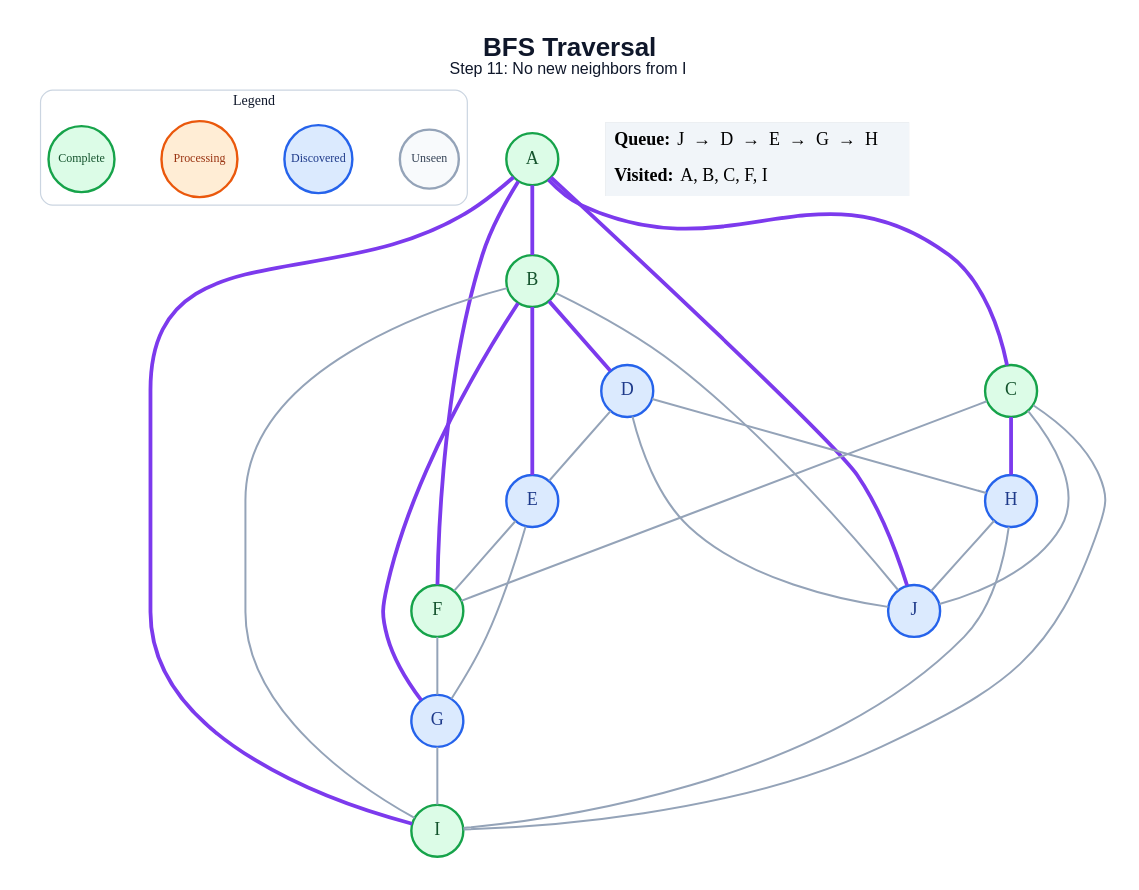
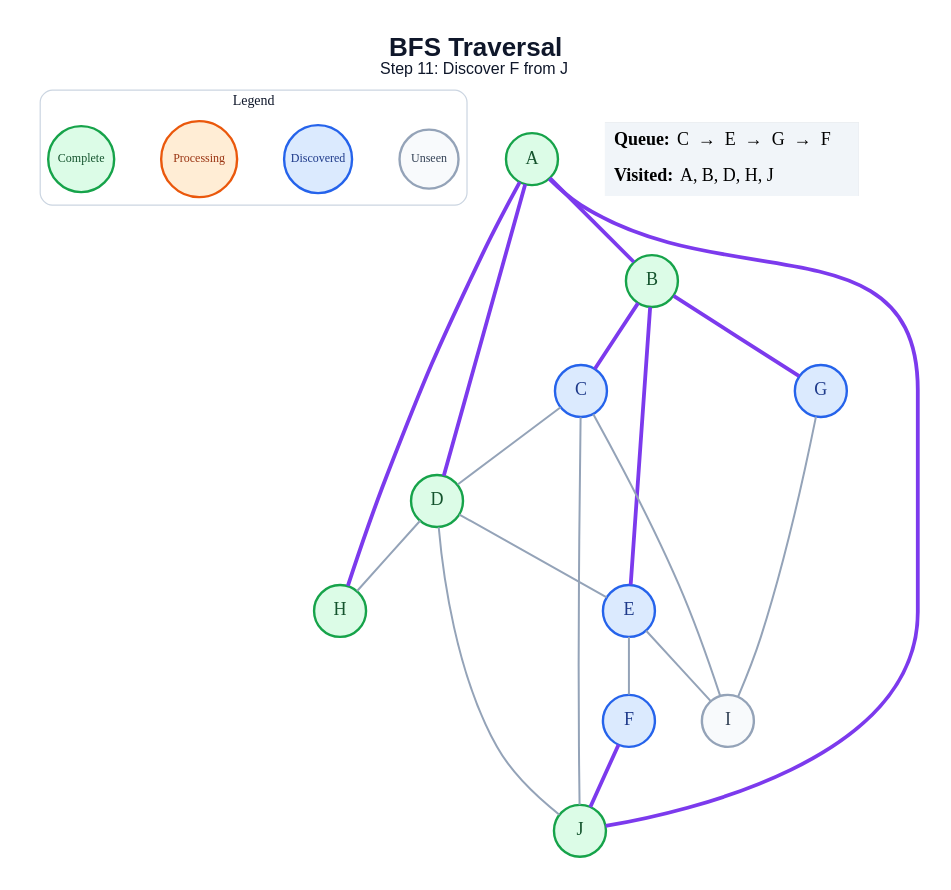
The diagram in generated/bfs/step_11.dot (amanghodawala9/ai-slop), drawn with Graphviz before and after one commit. The commit also changed 178 other files, not shown here.

```diff
--- a/generated/bfs/step_11.dot
+++ b/generated/bfs/step_11.dot
@@ -1,52 +1,46 @@
 graph traversal {
   graph [layout=dot, rankdir=TB, bgcolor="#FFFFFF", pad="0.35", nodesep="0.65", ranksep="0.8", fontname="Arial"];
   node [shape=circle, style="filled", fontname="Arial Bold", fontsize=18, width=0.72, fixedsize=true, penwidth=2.4];
   edge [color="#94A3B8", penwidth=2.0];
-  label=<<B>BFS Traversal</B><BR/><FONT POINT-SIZE="16">Step 11: No new neighbors from I</FONT>>; labelloc="t"; fontsize=26; fontname="Arial"; fontcolor="#0F172A";
+  label=<<B>BFS Traversal</B><BR/><FONT POINT-SIZE="16">Step 11: Discover F from J</FONT>>; labelloc="t"; fontsize=26; fontname="Arial"; fontcolor="#0F172A";
   subgraph cluster_legend { label="Legend"; color="#CBD5E1"; penwidth=1.2; style="rounded"; fontsize=14; fontname="Arial Bold";
     key_unseen [label="Unseen", fillcolor="#F8FAFC", color="#94A3B8", fontcolor="#334155", fontsize=12, width=0.82];
     key_frontier [label="Discovered", fillcolor="#DBEAFE", color="#2563EB", fontcolor="#1E3A8A", fontsize=12, width=0.95];
     key_current [label="Processing", fillcolor="#FFEDD5", color="#EA580C", fontcolor="#9A3412", fontsize=12, width=1.05];
     key_done [label="Complete", fillcolor="#DCFCE7", color="#16A34A", fontcolor="#14532D", fontsize=12, width=0.92];
     { rank=same; key_unseen; key_frontier; key_current; key_done; }
   }
   A [fillcolor="#DCFCE7", color="#16A34A", fontcolor="#14532D"];
   B [fillcolor="#DCFCE7", color="#16A34A", fontcolor="#14532D"];
-  C [fillcolor="#DCFCE7", color="#16A34A", fontcolor="#14532D"];
-  D [fillcolor="#DBEAFE", color="#2563EB", fontcolor="#1E3A8A"];
+  C [fillcolor="#DBEAFE", color="#2563EB", fontcolor="#1E3A8A"];
+  D [fillcolor="#DCFCE7", color="#16A34A", fontcolor="#14532D"];
   E [fillcolor="#DBEAFE", color="#2563EB", fontcolor="#1E3A8A"];
-  F [fillcolor="#DCFCE7", color="#16A34A", fontcolor="#14532D"];
+  F [fillcolor="#DBEAFE", color="#2563EB", fontcolor="#1E3A8A"];
   G [fillcolor="#DBEAFE", color="#2563EB", fontcolor="#1E3A8A"];
-  H [fillcolor="#DBEAFE", color="#2563EB", fontcolor="#1E3A8A"];
-  I [fillcolor="#DCFCE7", color="#16A34A", fontcolor="#14532D"];
-  J [fillcolor="#DBEAFE", color="#2563EB", fontcolor="#1E3A8A"];
+  H [fillcolor="#DCFCE7", color="#16A34A", fontcolor="#14532D"];
+  I [fillcolor="#F8FAFC", color="#94A3B8", fontcolor="#334155"];
+  J [fillcolor="#DCFCE7", color="#16A34A", fontcolor="#14532D"];
   A -- B [color="#7C3AED", penwidth=3.8];
-  A -- C [color="#7C3AED", penwidth=3.8];
-  A -- F [color="#7C3AED", penwidth=3.8];
-  A -- I [color="#7C3AED", penwidth=3.8];
+  A -- D [color="#7C3AED", penwidth=3.8];
+  A -- H [color="#7C3AED", penwidth=3.8];
   A -- J [color="#7C3AED", penwidth=3.8];
-  B -- D [color="#7C3AED", penwidth=3.8];
+  B -- C [color="#7C3AED", penwidth=3.8];
   B -- E [color="#7C3AED", penwidth=3.8];
   B -- G [color="#7C3AED", penwidth=3.8];
-  B -- I;
-  B -- J;
-  C -- F;
-  C -- H [color="#7C3AED", penwidth=3.8];
+  C -- D;
   C -- I;
   C -- J;
   D -- E;
   D -- H;
   D -- J;
   E -- F;
-  E -- G;
-  F -- G;
+  E -- I;
+  F -- J [color="#7C3AED", penwidth=3.8];
   G -- I;
-  H -- I;
-  H -- J;
   status [shape=plain, fixedsize=false, width=0, height=0, margin=0, label=<
     <TABLE BORDER="0" CELLBORDER="0" CELLPADDING="7" BGCOLOR="#F1F5F9">
-      <TR><TD ALIGN="LEFT"><B>Queue:</B> J  →  D  →  E  →  G  →  H</TD></TR>
-      <TR><TD ALIGN="LEFT"><B>Visited:</B> A, B, C, F, I</TD></TR>
+      <TR><TD ALIGN="LEFT"><B>Queue:</B> C  →  E  →  G  →  F</TD></TR>
+      <TR><TD ALIGN="LEFT"><B>Visited:</B> A, B, D, H, J</TD></TR>
     </TABLE>
   >];
 }
```
